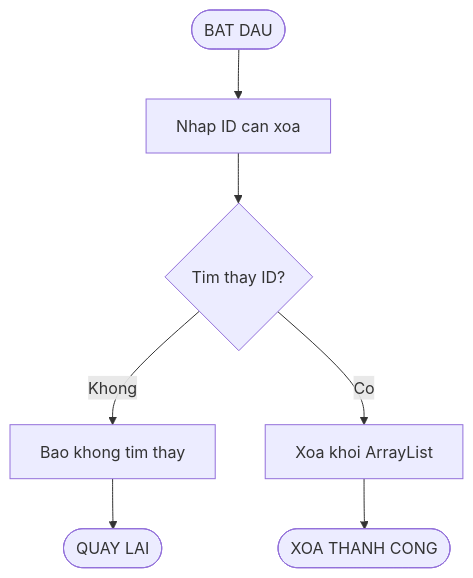
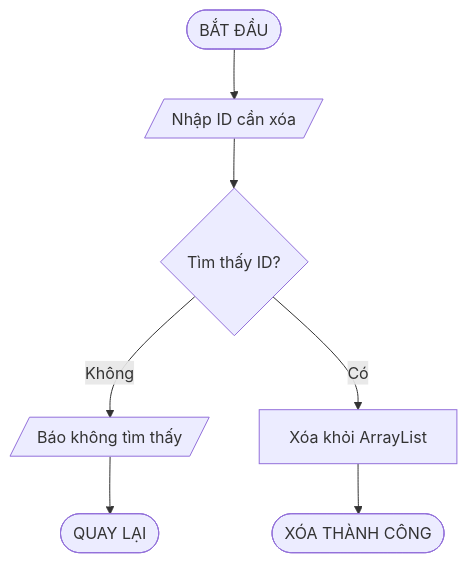
The sixth of 20 diagrams in docs/Flowcharts/Flowcharts.md (phucphuc2006/pro-192), drawn with Mermaid before and after one commit. The commit also changed other lines of this file, not shown here.

Commit message:
Restore original Mermaid flowcharts

````diff
--- a/docs/Flowcharts/Flowcharts.md
+++ b/docs/Flowcharts/Flowcharts.md
@@ -96,9 +110,9 @@
 ```mermaid
 flowchart TD
-    A(["BAT DAU"]) --> B["Nhap ID can xoa"]
-    B --> C{"Tim thay ID?"}
-    C -->|Khong| D["Bao khong tim thay"]
-    D --> E(["QUAY LAI"])
-    C -->|Co| F["Xoa khoi ArrayList"]
-    F --> G(["XOA THANH CONG"])
+    A([BẮT ĐẦU]) --> B[/Nhập ID cần xóa/]
+    B --> C{Tìm thấy ID?}
+    C -->|Không| D[/Báo không tìm thấy/]
+    D --> E([QUAY LẠI])
+    C -->|Có| F[Xóa khỏi ArrayList]
+    F --> G([XÓA THÀNH CÔNG])
 ```
````
